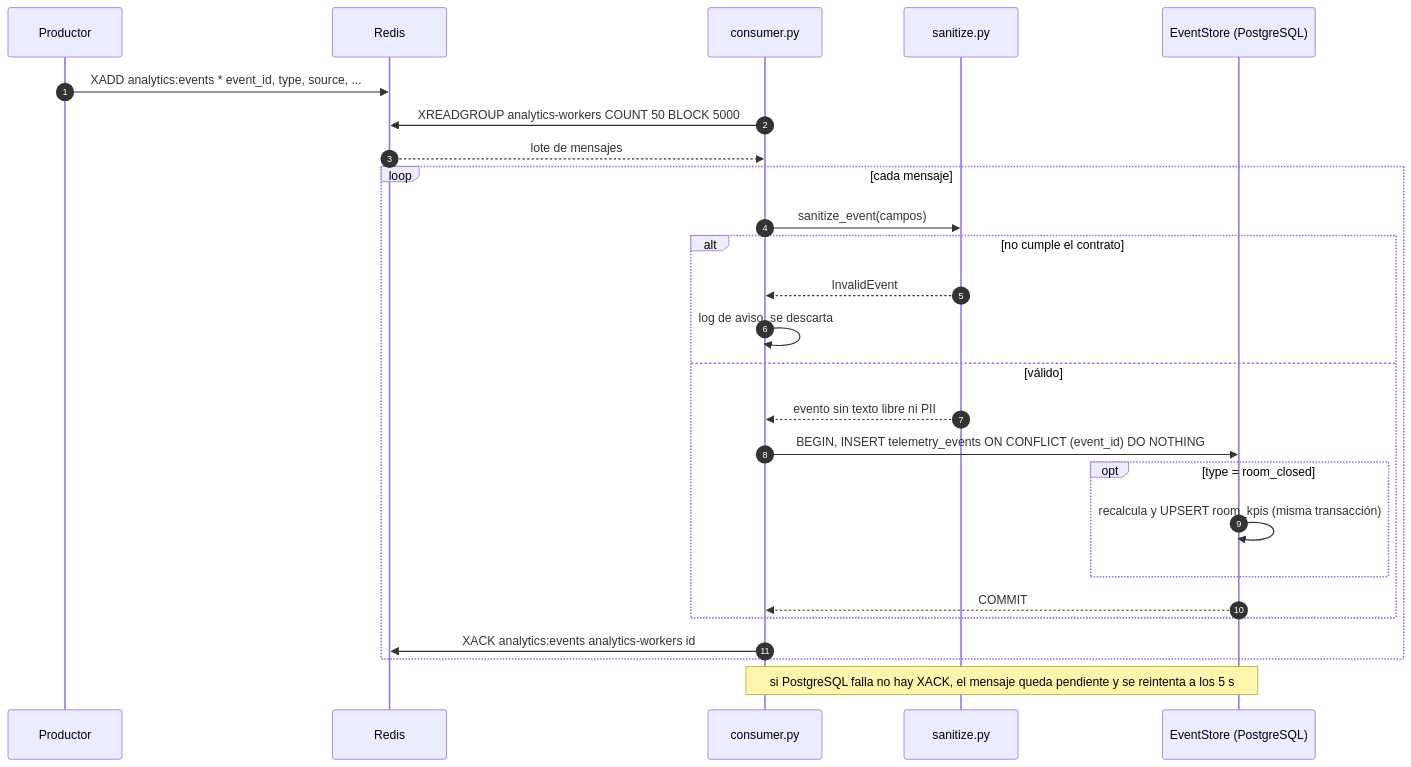
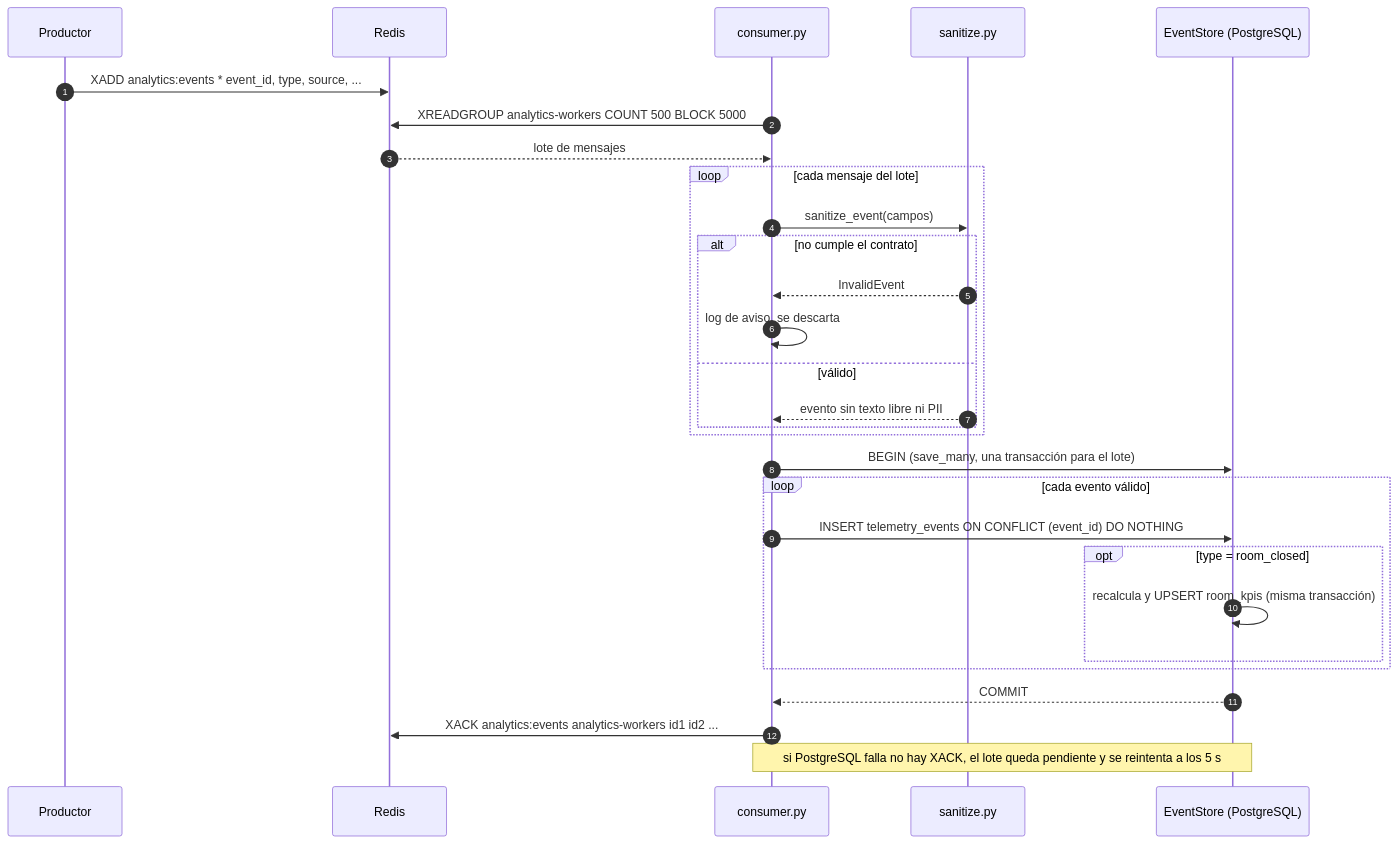
One commit to N1ghtlyC0de/TINT changed the second of 4 diagrams in services/analytics/README.md. Above: the diagram before and after it, drawn with Mermaid. The commit also changed other lines of this file and 3 other files, not shown here.

````diff
--- a/services/analytics/README.md
+++ b/services/analytics/README.md
@@ -112,29 +112,32 @@
 ```mermaid
 sequenceDiagram
     autonumber
     participant P as Productor
     participant R as Redis
     participant C as consumer.py
     participant S as sanitize.py
     participant DB as EventStore (PostgreSQL)
 
     P->>R: XADD analytics:events * event_id, type, source, ...
-    C->>R: XREADGROUP analytics-workers COUNT 50 BLOCK 5000
+    C->>R: XREADGROUP analytics-workers COUNT 500 BLOCK 5000
     R-->>C: lote de mensajes
-    loop cada mensaje
+    loop cada mensaje del lote
         C->>S: sanitize_event(campos)
         alt no cumple el contrato
             S-->>C: InvalidEvent
             C->>C: log de aviso, se descarta
         else válido
             S-->>C: evento sin texto libre ni PII
-            C->>DB: BEGIN, INSERT telemetry_events ON CONFLICT (event_id) DO NOTHING
-            opt type = room_closed
-                DB->>DB: recalcula y UPSERT room_kpis (misma transacción)
-            end
-            DB-->>C: COMMIT
         end
-        C->>R: XACK analytics:events analytics-workers id
     end
-    Note over C,DB: si PostgreSQL falla no hay XACK, el mensaje queda pendiente y se reintenta a los 5 s
+    C->>DB: BEGIN (save_many, una transacción para el lote)
+    loop cada evento válido
+        C->>DB: INSERT telemetry_events ON CONFLICT (event_id) DO NOTHING
+        opt type = room_closed
+            DB->>DB: recalcula y UPSERT room_kpis (misma transacción)
+        end
+    end
+    DB-->>C: COMMIT
+    C->>R: XACK analytics:events analytics-workers id1 id2 ...
+    Note over C,DB: si PostgreSQL falla no hay XACK, el lote queda pendiente y se reintenta a los 5 s
 ```
````
